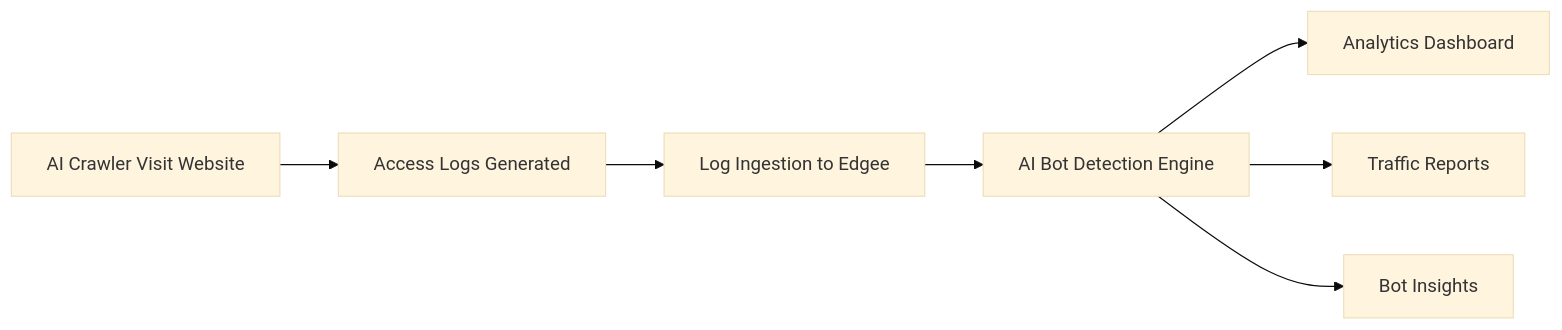
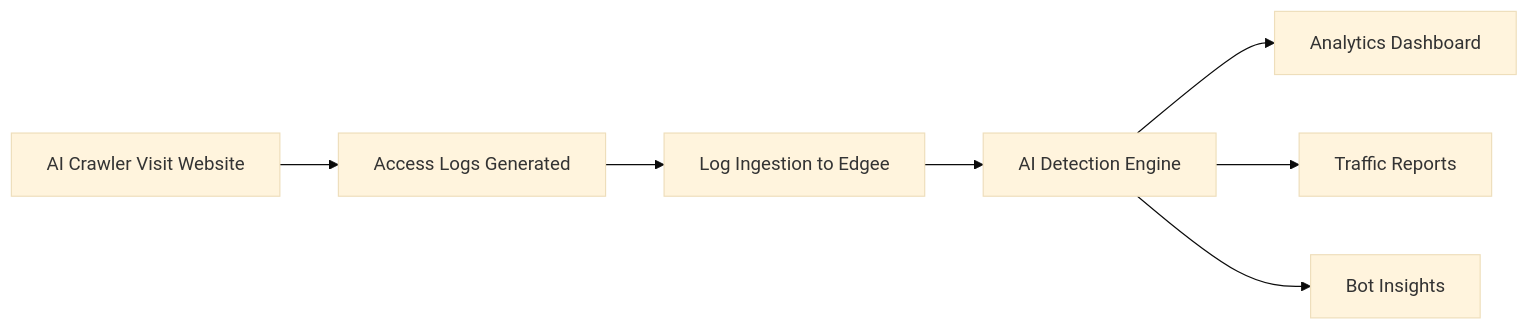
The diagram in services/ai-analytics/overview.mdx (edgee-cloud/docs), drawn with Mermaid (base theme) before and after one commit.

````diff
--- a/services/ai-analytics/overview.mdx
+++ b/services/ai-analytics/overview.mdx
@@ -33,9 +33,9 @@
 ```mermaid
 graph LR
     A[AI Crawler Visit Website] --> B[Access Logs Generated]
     B --> C[Log Ingestion to Edgee]
-    C --> D[AI Bot Detection Engine]
+    C --> D[AI Detection Engine]
     D --> E[Analytics Dashboard]
     D --> F[Traffic Reports]
     D --> G[Bot Insights]
 ```
````
